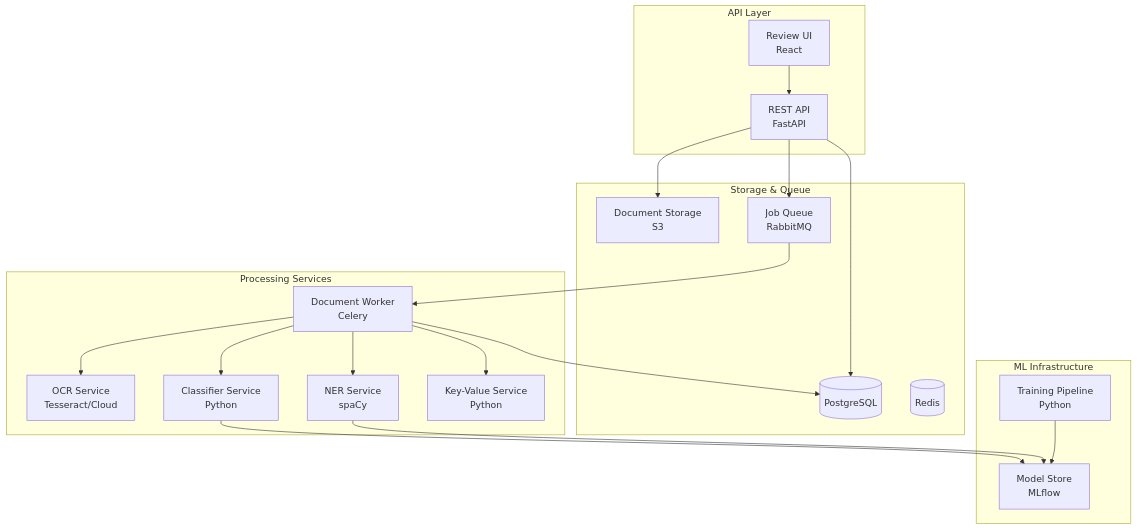
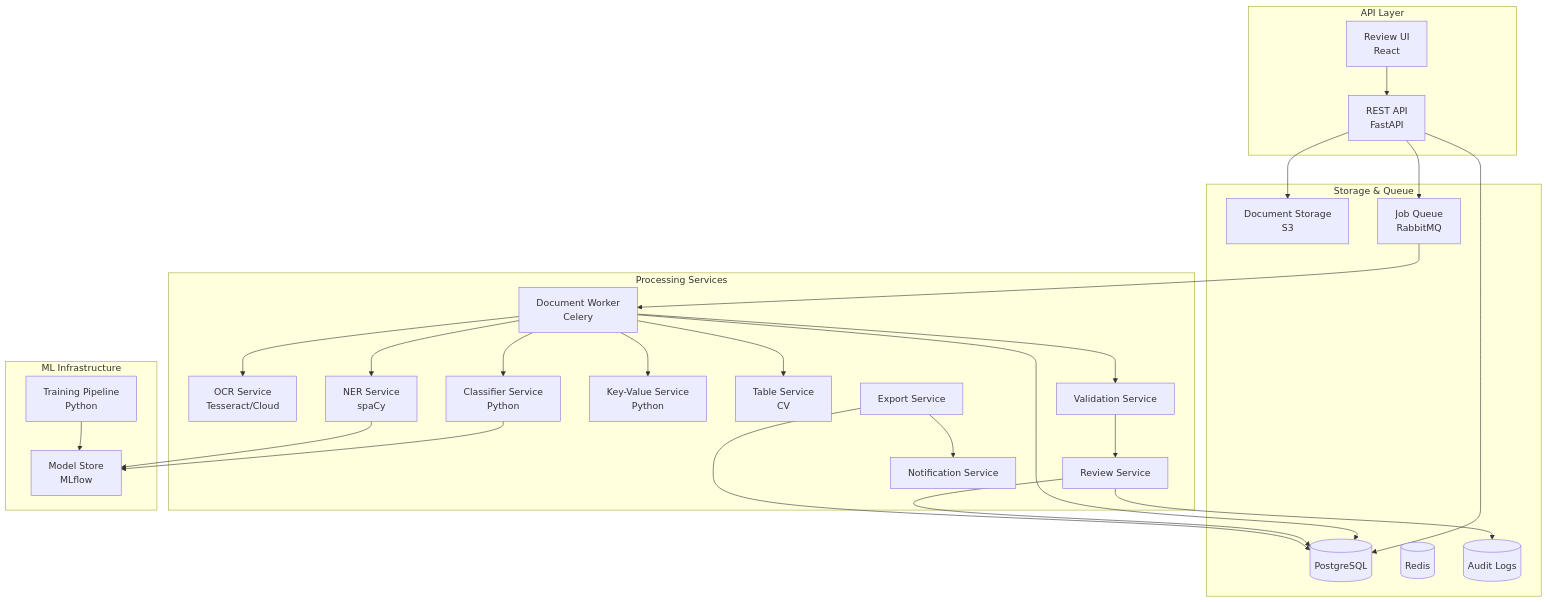
One commit to 0Ankit0/Project-Ideas changed the diagram in Document Intelligence System/detailed-design/component-diagram.md. Above: the diagram before and after it, drawn with Mermaid. The commit also changed other lines of this file and 21 other files, not shown here.

````diff
--- a/Document Intelligence System/detailed-design/component-diagram.md
+++ b/Document Intelligence System/detailed-design/component-diagram.md
@@ -3,43 +3,56 @@
 ```mermaid
 graph TB
     subgraph "API Layer"
         API[REST API<br/>FastAPI]
         WEB_UI[Review UI<br/>React]
     end
     
     subgraph "Processing Services"
         WORKER[Document Worker<br/>Celery]
         OCR_SVC[OCR Service<br/>Tesseract/Cloud]
         CLS_SVC[Classifier Service<br/>Python]
         NER_SVC[NER Service<br/>spaCy]
         KV_SVC[Key-Value Service<br/>Python]
+        TABLE_SVC[Table Service<br/>CV]
+        VALIDATOR[Validation Service]
+        REVIEW_SVC[Review Service]
+        EXPORT_SVC[Export Service]
+        NOTIF_SVC[Notification Service]
     end
     
     subgraph "Storage & Queue"
         S3[Document Storage<br/>S3]
         DB[(PostgreSQL)]
         QUEUE[Job Queue<br/>RabbitMQ]
         CACHE[(Redis)]
+        AUDIT[(Audit Logs)]
     end
     
     subgraph "ML Infrastructure"
         MODELS[Model Store<br/>MLflow]
         TRAINING[Training Pipeline<br/>Python]
     end
     
     API --> QUEUE
     API --> DB
     API --> S3
     WEB_UI --> API
     
     QUEUE --> WORKER
     WORKER --> OCR_SVC
     WORKER --> CLS_SVC
     WORKER --> NER_SVC
     WORKER --> KV_SVC
+    WORKER --> TABLE_SVC
+    WORKER --> VALIDATOR
     WORKER --> DB
+    VALIDATOR --> REVIEW_SVC
+    REVIEW_SVC --> DB
+    REVIEW_SVC --> AUDIT
+    EXPORT_SVC --> DB
+    EXPORT_SVC --> NOTIF_SVC
     
     CLS_SVC --> MODELS
     NER_SVC --> MODELS
     TRAINING --> MODELS
 ```
````
